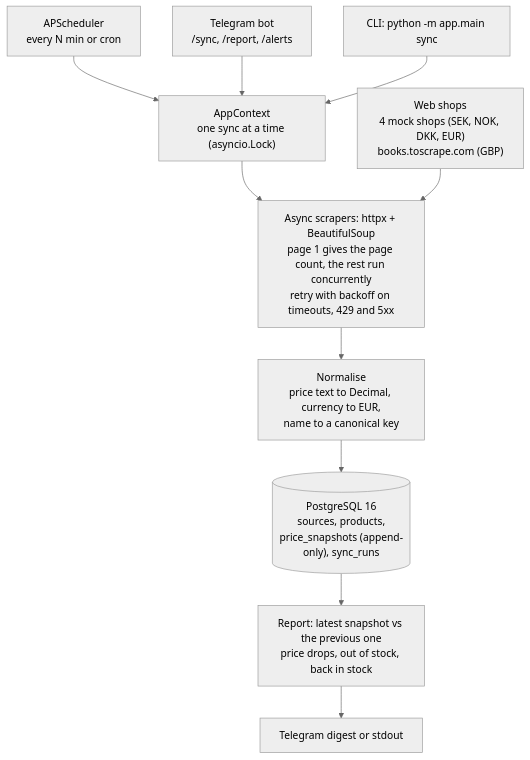
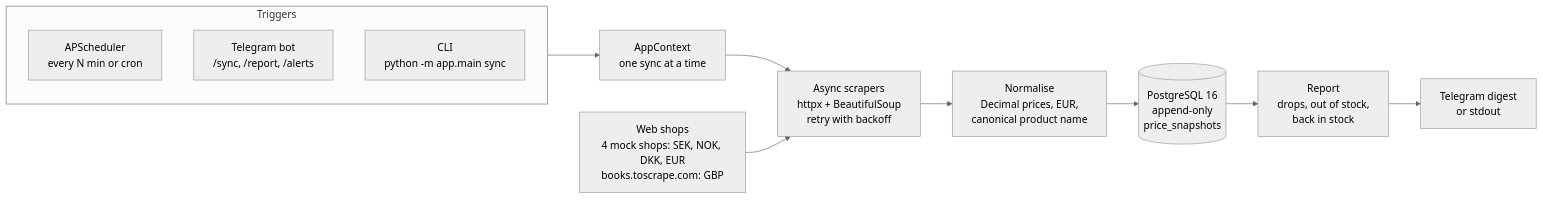
One commit to Darlinglove002/nordic-price-aggregator changed the diagram in README.md. Above: the diagram before and after it, drawn with Mermaid (neutral theme).

Commit message:
docs: make the architecture diagram compact
Mermaid 12.3.0, the version GitHub's renderer bundles, laid the first diagram out as a single narrow column (418x1455 px in the RAG core, 557x1262 px in the aggregator). Each pipeline now sits on one row: 884x660 px and 884x263 px. Same nodes, same text.

````diff
--- a/README.md
+++ b/README.md
@@ -5,13 +5,19 @@
 ```mermaid
-flowchart TB
-    Cron["APScheduler<br/>every N min or cron"] --> Ctx
-    Bot["Telegram bot<br/>/sync, /report, /alerts"] --> Ctx
-    Cli["CLI: python -m app.main sync"] --> Ctx
-    Ctx["AppContext<br/>one sync at a time (asyncio.Lock)"] --> Scrape
+flowchart LR
+    subgraph triggers["Triggers"]
+        direction TB
+        Cron["APScheduler<br/>every N min or cron"]
+        Bot["Telegram bot<br/>/sync, /report, /alerts"]
+        Cli["CLI<br/>python -m app.main sync"]
+    end
 
-    Shops["Web shops<br/>4 mock shops (SEK, NOK, DKK, EUR)<br/>books.toscrape.com (GBP)"] --> Scrape["Async scrapers: httpx + BeautifulSoup<br/>page 1 gives the page count, the rest run concurrently<br/>retry with backoff on timeouts, 429 and 5xx"]
-    Scrape --> Norm["Normalise<br/>price text to Decimal, currency to EUR,<br/>name to a canonical key"]
-    Norm --> PG[("PostgreSQL 16<br/>sources, products,<br/>price_snapshots (append-only), sync_runs")]
-    PG --> Report["Report: latest snapshot vs the previous one<br/>price drops, out of stock, back in stock"]
-    Report --> Out["Telegram digest or stdout"]
+    Shops["Web shops<br/>4 mock shops: SEK, NOK, DKK, EUR<br/>books.toscrape.com: GBP"]
+
+    triggers --> Ctx["AppContext<br/>one sync at a time"]
+    Ctx --> Scrape["Async scrapers<br/>httpx + BeautifulSoup<br/>retry with backoff"]
+    Shops --> Scrape
+    Scrape --> Norm["Normalise<br/>Decimal prices, EUR,<br/>canonical product name"]
+    Norm --> PG[("PostgreSQL 16<br/>append-only<br/>price_snapshots")]
+    PG --> Report["Report<br/>drops, out of stock,<br/>back in stock"]
+    Report --> Out["Telegram digest<br/>or stdout"]
 ```
````
